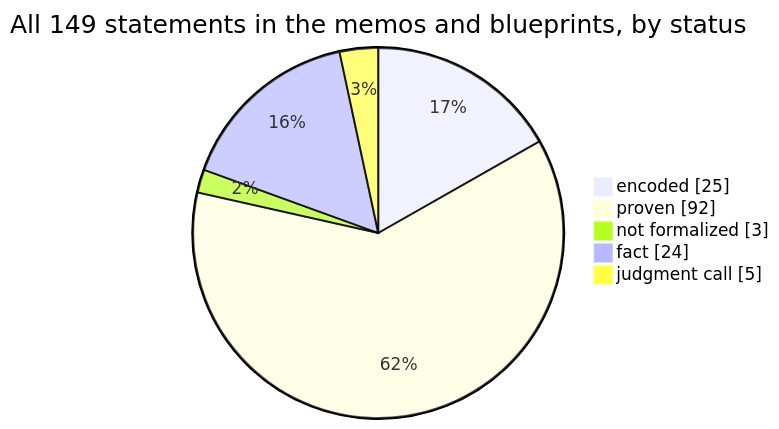
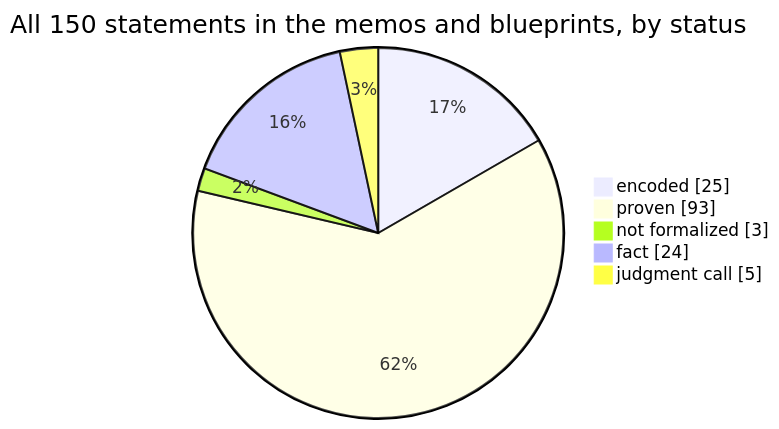
One commit to SeanWMurray/Canteen changed the first of 4 diagrams in docs/graphs/dashboard.md. Above: the diagram before and after it, drawn with Mermaid. The commit also changed other lines of this file and 17 other files, not shown here.

````diff
--- a/docs/graphs/dashboard.md
+++ b/docs/graphs/dashboard.md
@@ -11,8 +11,8 @@
 ```mermaid
-pie showData title All 149 statements in the memos and blueprints, by status
+pie showData title All 150 statements in the memos and blueprints, by status
     "encoded" : 25
-    "proven" : 92
+    "proven" : 93
     "not formalized" : 3
     "fact" : 24
     "judgment call" : 5
 ```
````
